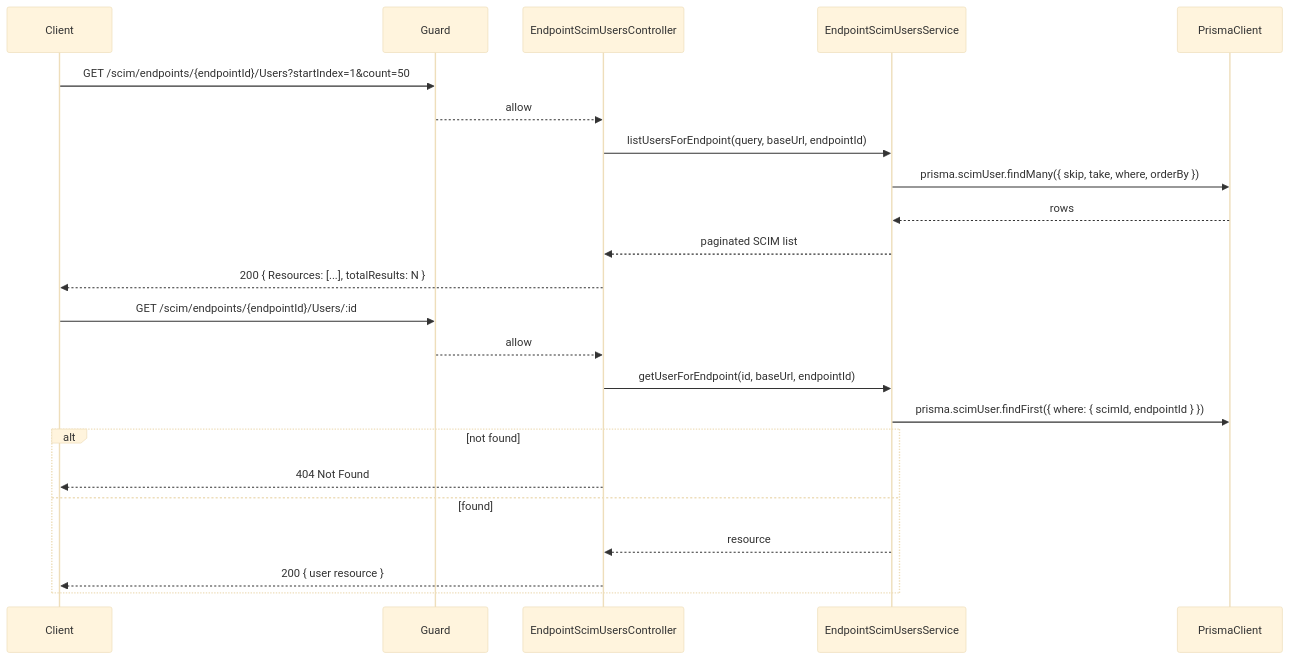
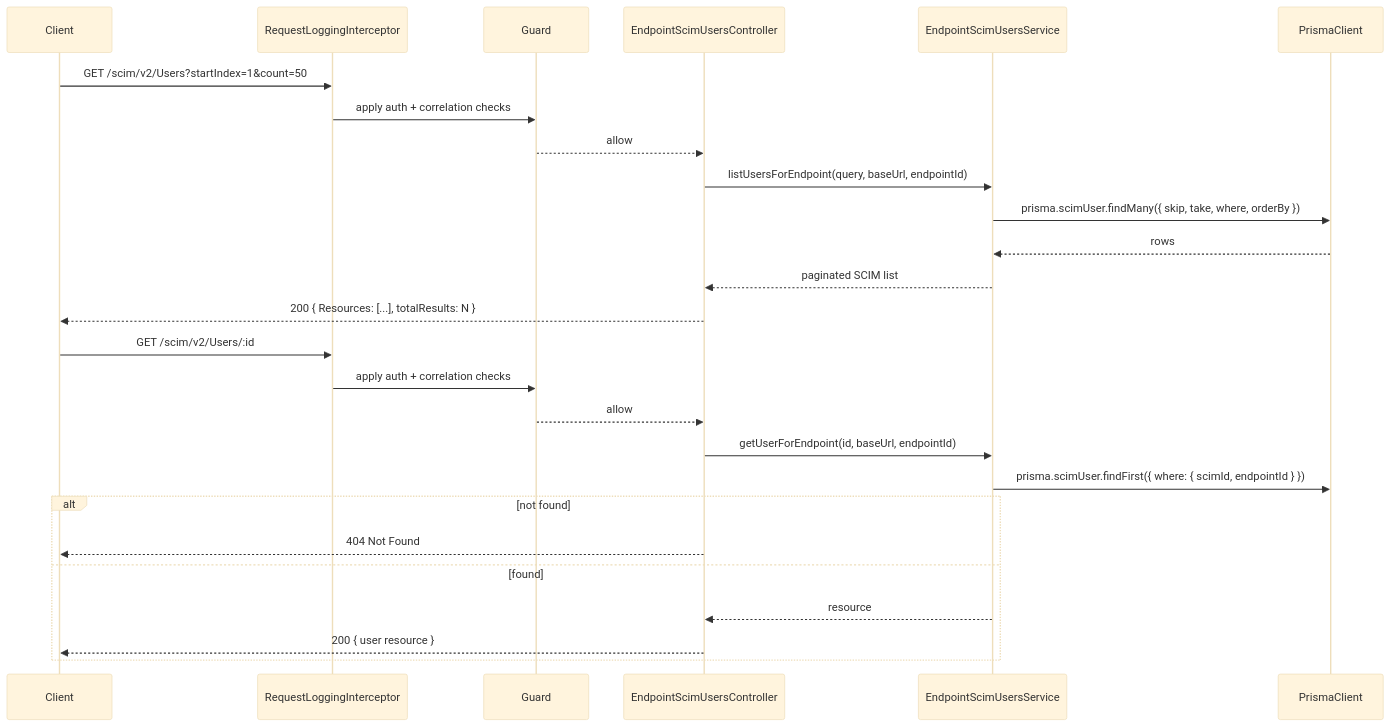
The diagram in docs/list-get-user-sequence.mmd (pranems/SCIMEndpointServer), drawn with Mermaid (base theme) before and after one commit. The commit also changed 85 other files, not shown here.

```diff
--- a/docs/list-get-user-sequence.mmd
+++ b/docs/list-get-user-sequence.mmd
@@ -1,25 +1,28 @@
 sequenceDiagram
   participant Client
+  participant ReqLog as RequestLoggingInterceptor
   participant Guard
   participant Controller as EndpointScimUsersController
   participant Service as EndpointScimUsersService
   participant PrismaClient
 
-  Client->>Guard: GET /scim/endpoints/{endpointId}/Users?startIndex=1&count=50
+  Client->>ReqLog: GET /scim/v2/Users?startIndex=1&count=50
+  ReqLog->>Guard: apply auth + correlation checks
   Guard-->>Controller: allow
   Controller->>Service: listUsersForEndpoint(query, baseUrl, endpointId)
   Service->>PrismaClient: prisma.scimUser.findMany({ skip, take, where, orderBy })
   PrismaClient-->>Service: rows
   Service-->>Controller: paginated SCIM list
   Controller-->>Client: 200 { Resources: [...], totalResults: N }
 
-  Client->>Guard: GET /scim/endpoints/{endpointId}/Users/:id
+  Client->>ReqLog: GET /scim/v2/Users/:id
+  ReqLog->>Guard: apply auth + correlation checks
   Guard-->>Controller: allow
   Controller->>Service: getUserForEndpoint(id, baseUrl, endpointId)
   Service->>PrismaClient: prisma.scimUser.findFirst({ where: { scimId, endpointId } })
   alt not found
     Controller-->>Client: 404 Not Found
   else found
     Service-->>Controller: resource
     Controller-->>Client: 200 { user resource }
   end
```
